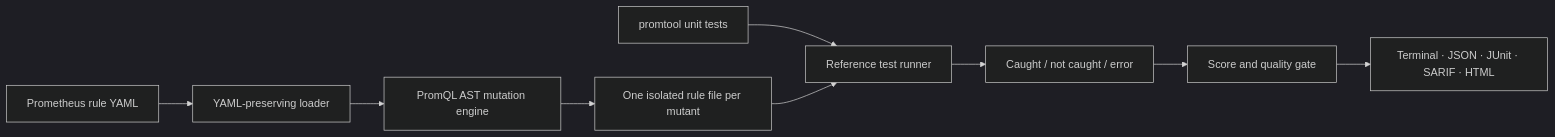
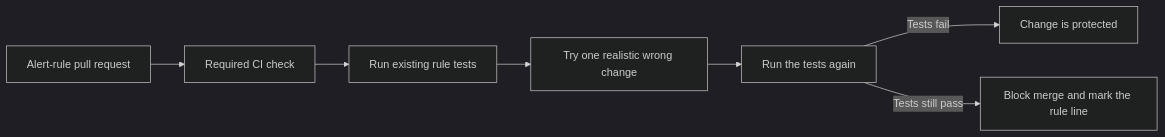
One commit to iahsanGill/tubicen changed the diagram in README.md. Above: the diagram before and after it, drawn with Mermaid (dark theme). The commit also changed other lines of this file and 34 other files, not shown here.

Commit message:
feat: turn Tubicen into a pull-request gate

````diff
--- a/README.md
+++ b/README.md
@@ -118,11 +161,9 @@
 ```mermaid
 flowchart LR
-    A["Prometheus rule YAML"] --> B["YAML-preserving loader"]
-    B --> C["PromQL AST mutation engine"]
-    C --> D["One isolated rule file per mutant"]
-    T["promtool unit tests"] --> E["Reference test runner"]
-    D --> E
-    E --> F["Caught / not caught / error"]
-    F --> G["Score and quality gate"]
-    G --> H["Terminal · JSON · JUnit · SARIF · HTML"]
+    PR["Alert-rule pull request"] --> CI["Required CI check"]
+    CI --> BASE["Run existing rule tests"]
+    BASE --> CHANGE["Try one realistic wrong change"]
+    CHANGE --> TEST["Run the tests again"]
+    TEST -->|"Tests fail"| SAFE["Change is protected"]
+    TEST -->|"Tests still pass"| BLOCK["Block merge and mark the rule line"]
 ```
````
